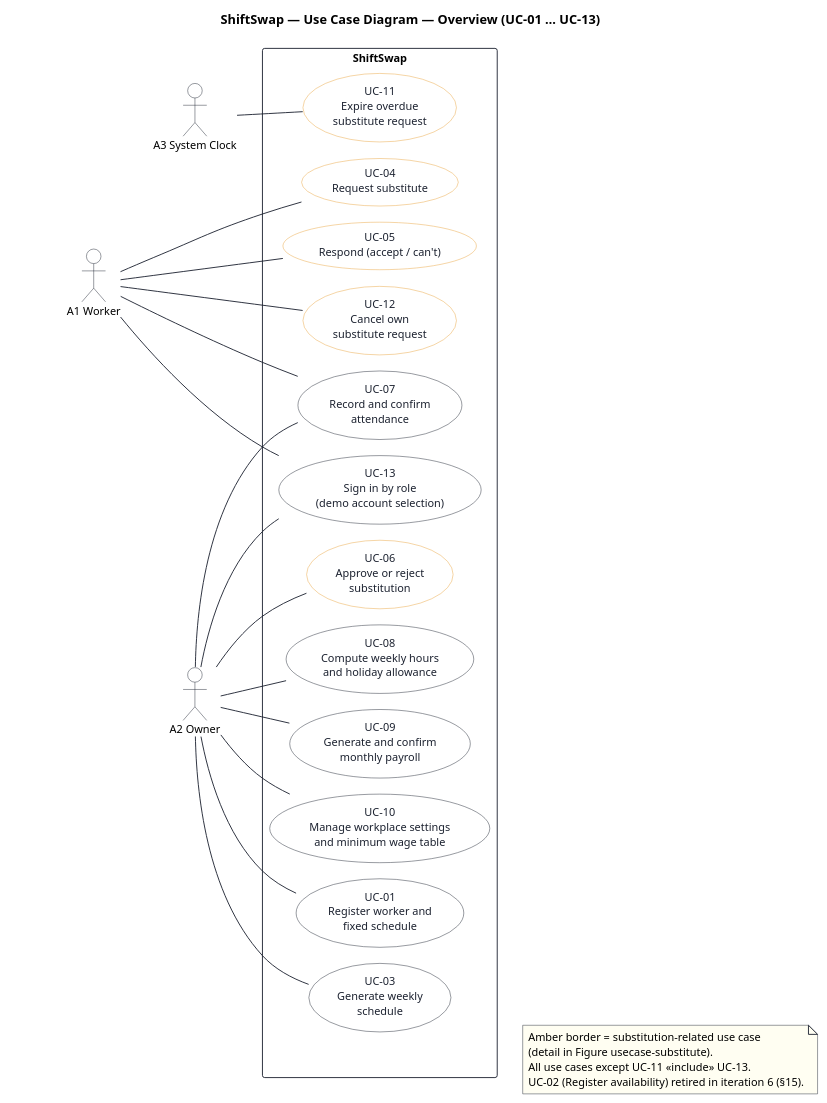
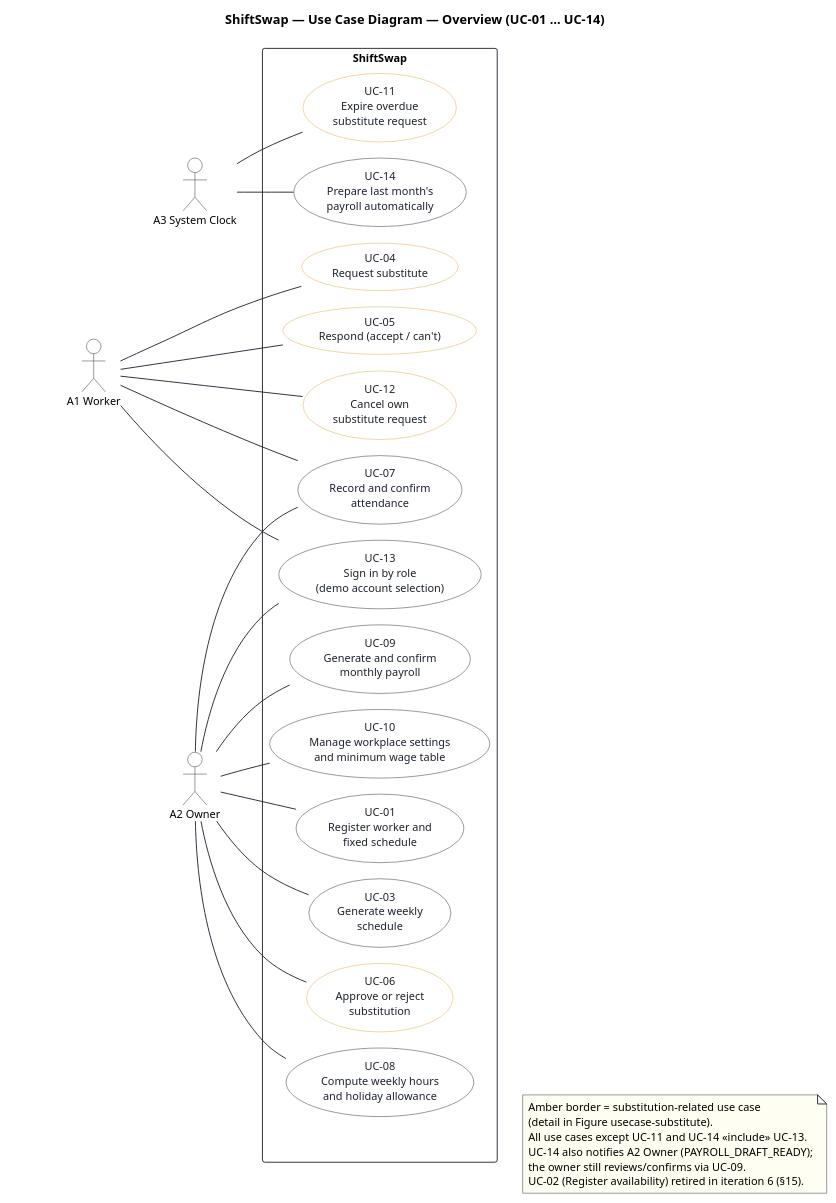
One commit to keemlogan/shiftswap changed the diagram in uml/src/usecase.puml. Above: the diagram before and after it, drawn with PlantUML. The commit also changed 58 other files, not shown here.

Commit message:
Iteration 7: contract work history and automatic monthly payroll draft; team e-mails; reproduction run 4 (89/89); report 130 pages

```diff
--- a/uml/src/usecase.puml
+++ b/uml/src/usecase.puml
@@ -1,97 +1,101 @@
 @startuml usecase
 !pragma layout smetana
 skinparam defaultFontName "Helvetica"
 skinparam defaultFontSize 12
 skinparam shadowing false
 skinparam backgroundColor #FFFFFF
 skinparam ArrowColor #1C2230
 hide stereotype
 skinparam usecase {
   BackgroundColor #FFFFFF
   BorderColor #1C2230
   FontColor #1C2230
 }
 skinparam usecase<<amber>> {
   BackgroundColor #FFFFFF
   BorderColor #E9A23B
   FontColor #1C2230
 }
 skinparam actor {
   BorderColor #1C2230
   BackgroundColor #FFFFFF
 }
 skinparam rectangle {
   BorderColor #1C2230
   BackgroundColor #FFFFFF
 }
 skinparam note {
   BackgroundColor #FFFEF2
   BorderColor #1C2230
 }
 
 left to right direction
 
-title ShiftSwap — Use Case Diagram — Overview (UC-01 … UC-13)
+title ShiftSwap — Use Case Diagram — Overview (UC-01 … UC-14)
 
 ' spacer to keep smetana from clipping the topmost actor's head against the canvas edge
 actor " " as Spacer #FFFFFF;line:FFFFFF;text:FFFFFF
 
 actor "A1 Worker" as A1
 actor "A3 System Clock" as A3
 
 Spacer -[hidden]-> A1
 A1 -[hidden]-> A3
 
 rectangle "ShiftSwap" as Boundary {
   ' -- worker-side use cases (near A1) --
   usecase "UC-04\nRequest substitute" as UC04 <<amber>>
   usecase "UC-05\nRespond (accept / can't)" as UC05 <<amber>>
   usecase "UC-12\nCancel own\nsubstitute request" as UC12 <<amber>>
 
   ' -- shared use cases (both actors, drawn in the middle) --
   usecase "UC-07\nRecord and confirm\nattendance" as UC07
   usecase "UC-13\nSign in by role\n(demo account selection)" as UC13
 
   ' -- owner-side use cases (near A2) --
   usecase "UC-01\nRegister worker and\nfixed schedule" as UC01
   usecase "UC-03\nGenerate weekly\nschedule" as UC03
   usecase "UC-06\nApprove or reject\nsubstitution" as UC06 <<amber>>
   usecase "UC-08\nCompute weekly hours\nand holiday allowance" as UC08
   usecase "UC-09\nGenerate and confirm\nmonthly payroll" as UC09
   usecase "UC-10\nManage workplace settings\nand minimum wage table" as UC10
 
-  ' -- system-clock-side use case --
+  ' -- system-clock-side use cases --
   usecase "UC-11\nExpire overdue\nsubstitute request" as UC11 <<amber>>
+  usecase "UC-14\nPrepare last month's\npayroll automatically" as UC14
 }
 
 actor "A2 Owner" as A2
 UC10 -[hidden]-> A2
 
 ' ===== actor associations only (primary actor per spec §3 table) =====
 ' detail of UC-04's include/extend/UC-08 relationships: see usecase-substitute.puml
 A1 -- UC04
 A1 -- UC05
 A1 -- UC12
 A1 -- UC07
 A1 -- UC13
 
 A2 -- UC01
 A2 -- UC03
 A2 -- UC06
 A2 -- UC07
 A2 -- UC08
 A2 -- UC09
 A2 -- UC10
 A2 -- UC13
 
 A3 -- UC11
+A3 -- UC14
 
 note as N1
   Amber border = substitution-related use case
   (detail in Figure usecase-substitute).
-  All use cases except UC-11 «include» UC-13.
+  All use cases except UC-11 and UC-14 «include» UC-13.
+  UC-14 also notifies A2 Owner (PAYROLL_DRAFT_READY);
+  the owner still reviews/confirms via UC-09.
   UC-02 (Register availability) retired in iteration 6 (§15).
 end note
 
 Boundary -[hidden]d-> N1
 @enduml
```
